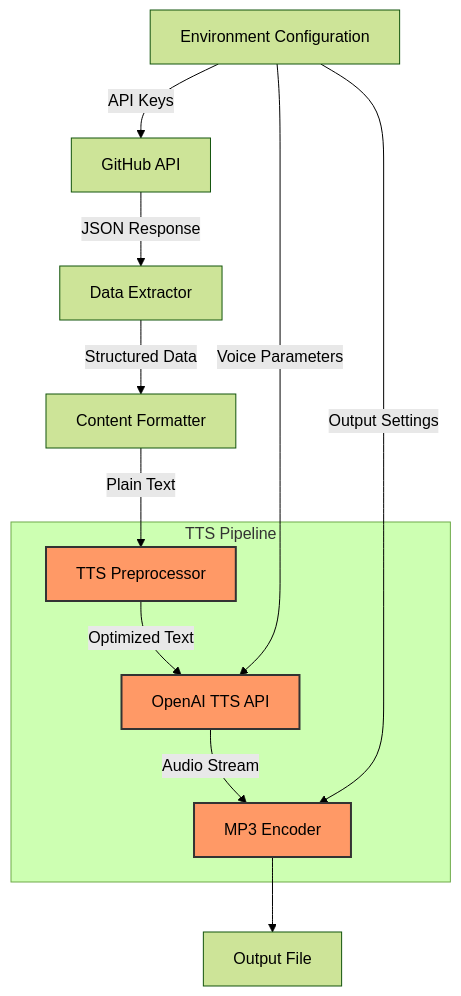
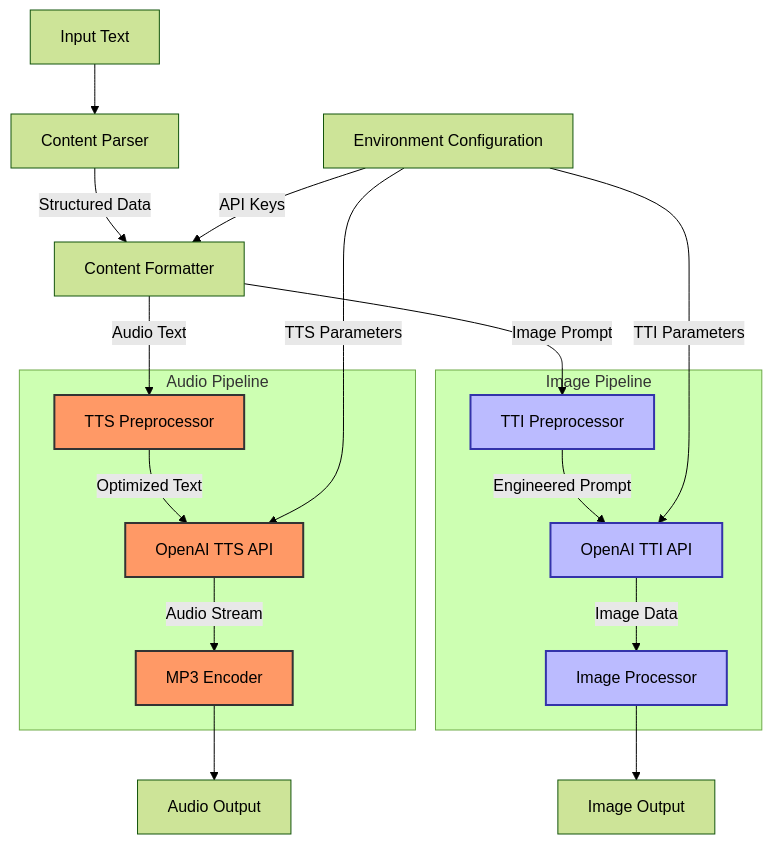
One commit to niklas-xgh-dev/ttx changed the diagram in README.md. Above: the diagram before and after it, drawn with Mermaid (forest theme). The commit also changed other lines of this file, not shown here.

Commit message:
updated readme to highlight TTX (Text-to-Anything) aspects

````diff
--- a/README.md
+++ b/README.md
@@ -11,23 +11,40 @@
 ```mermaid
 graph TD
-    A[GitHub API] --> |JSON Response| B[Data Extractor]
+    A[Input Text] --> B[Content Parser]
     B --> |Structured Data| C[Content Formatter]
-    C --> |Plain Text| D[TTS Preprocessor]
-    D --> |Optimized Text| E[OpenAI TTS API]
-    E --> |Audio Stream| F[MP3 Encoder]
-    F --> G[Output File]
     
-    H[Environment Configuration] --> |API Keys| A
-    H --> |Voice Parameters| E
-    H --> |Output Settings| F
+    C --> |Audio Text| D1[TTS Preprocessor]
+    C --> |Image Prompt| D2[TTI Preprocessor]
     
-    subgraph "TTS Pipeline"
-    D
-    E
-    F
+    D1 --> |Optimized Text| E1[OpenAI TTS API]
+    D2 --> |Engineered Prompt| E2[OpenAI TTI API]
+    
+    E1 --> |Audio Stream| F1[MP3 Encoder]
+    E2 --> |Image Data| F2[Image Processor]
+    
+    F1 --> G1[Audio Output]
+    F2 --> G2[Image Output]
+    
+    H[Environment Configuration] --> |API Keys| C
+    H --> |TTS Parameters| E1
+    H --> |TTI Parameters| E2
+    
+    subgraph "Audio Pipeline"
+    D1
+    E1
+    F1
     end
     
-    style D fill:#f96,stroke:#333,stroke-width:2px
-    style E fill:#f96,stroke:#333,stroke-width:2px
-    style F fill:#f96,stroke:#333,stroke-width:2px
+    subgraph "Image Pipeline"
+    D2
+    E2
+    F2
+    end
+    
+    style D1 fill:#f96,stroke:#333,stroke-width:2px
+    style E1 fill:#f96,stroke:#333,stroke-width:2px
+    style F1 fill:#f96,stroke:#333,stroke-width:2px
+    style D2 fill:#bbf,stroke:#33a,stroke-width:2px
+    style E2 fill:#bbf,stroke:#33a,stroke-width:2px
+    style F2 fill:#bbf,stroke:#33a,stroke-width:2px
 ```
````
